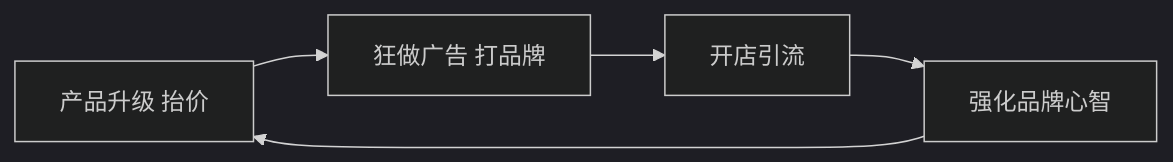
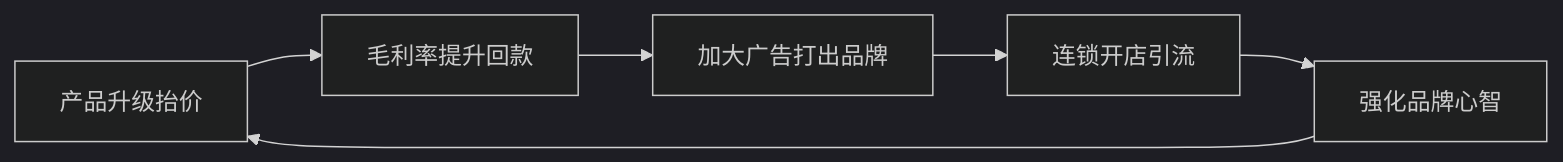
The fifth of 9 diagrams in _posts/2026-06-13-研究笔记——民营医院的赚钱路径.md (andy660/andy660.github.io), drawn with Mermaid (dark theme) before and after one commit. The commit also changed other lines of this file and 3 other files, not shown here.

````diff
--- a/_posts/2026-06-13-研究笔记——民营医院的赚钱路径.md
+++ b/_posts/2026-06-13-研究笔记——民营医院的赚钱路径.md
@@ -105,7 +117,8 @@
 ```mermaid
 flowchart LR
-    A["产品升级 抬价"] --> B["狂做广告 打品牌"]
-    B --> C["开店引流"]
-    C --> D["强化品牌心智"]
-    D --> A
+    A["产品升级抬价"] --> B["毛利率提升回款"]
+    B --> C["加大广告打出品牌"]
+    C --> D["连锁开店引流"]
+    D --> E["强化品牌心智"]
+    E --> A
 ```
````
